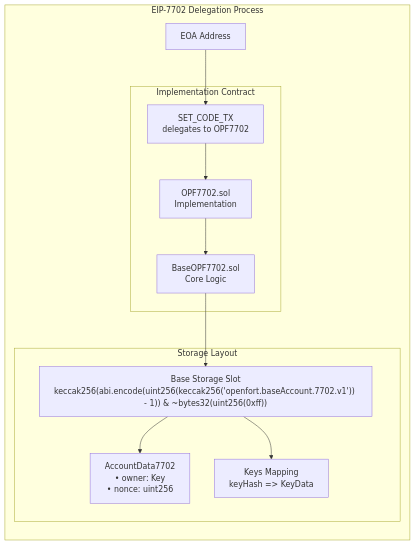
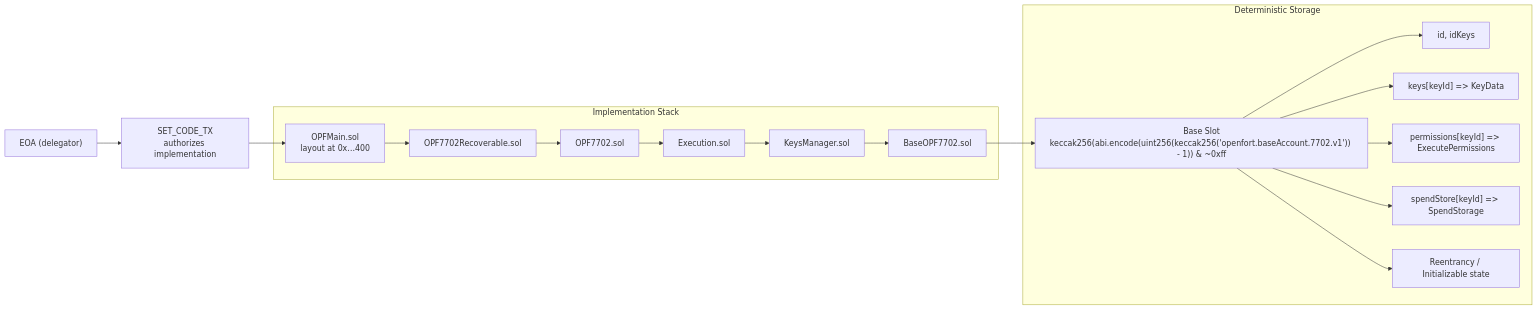
One commit to openfort-xyz/openfort-7702-account changed the first of 4 diagrams in docs/AA.md. Above: the diagram before and after it, drawn with Mermaid. The commit also changed other lines of this file, not shown here.

````diff
--- a/docs/AA.md
+++ b/docs/AA.md
@@ -20,26 +20,33 @@
 ```mermaid
 flowchart LR
-    subgraph "EIP-7702 Delegation Process"
-        EOA["EOA Address"]
-        
-        subgraph "Implementation Contract"
-            SetCode["SET_CODE_TX<br/>delegates to OPF7702"]
-            OPF7702["OPF7702.sol<br/>Implementation"]
-            BaseOPF["BaseOPF7702.sol<br/>Core Logic"]
-        end
-        
-        subgraph "Storage Layout"
-            BaseSlot["Base Storage Slot<br/>keccak256(abi.encode(uint256(keccak256('openfort.baseAccount.7702.v1')) - 1)) & ~bytes32(uint256(0xff))"]
-            AccountData["AccountData7702<br/>• owner: Key<br/>• nonce: uint256"]
-            SessionKeys["Keys Mapping<br/>keyHash => KeyData"]
-        end
+    EOA["EOA (delegator)"]
+    SetCode["SET_CODE_TX<br/>authorizes implementation"]
+
+    subgraph "Implementation Stack"
+        OPFMain["OPFMain.sol<br/>layout at 0x…400"]
+        OPFRecoverable["OPF7702Recoverable.sol"]
+        OPF["OPF7702.sol"]
+        Execution["Execution.sol"]
+        KeysManager["KeysManager.sol"]
+        BaseOPF["BaseOPF7702.sol"]
     end
 
-    %% Flow connections
+    subgraph "Deterministic Storage"
+        Slot["Base Slot<br/>keccak256(abi.encode(uint256(keccak256('openfort.baseAccount.7702.v1')) - 1)) & ~0xff"]
+        Counters["id, idKeys"]
+        Keys["keys[keyId] => KeyData"]
+        Permissions["permissions[keyId] => ExecutePermissions"]
+        Spend["spendStore[keyId] => SpendStorage"]
+        Reentrancy["Reentrancy / Initializable state"]
+    end
+
     EOA --> SetCode
-    SetCode --> OPF7702
-    OPF7702 --> BaseOPF
-    BaseOPF --> BaseSlot
-    BaseSlot --> AccountData
-    BaseSlot --> SessionKeys
+    SetCode --> OPFMain
+    OPFMain --> OPFRecoverable --> OPF --> Execution --> KeysManager --> BaseOPF
+    BaseOPF --> Slot
+    Slot --> Counters
+    Slot --> Keys
+    Slot --> Permissions
+    Slot --> Spend
+    Slot --> Reentrancy
 ```
````
